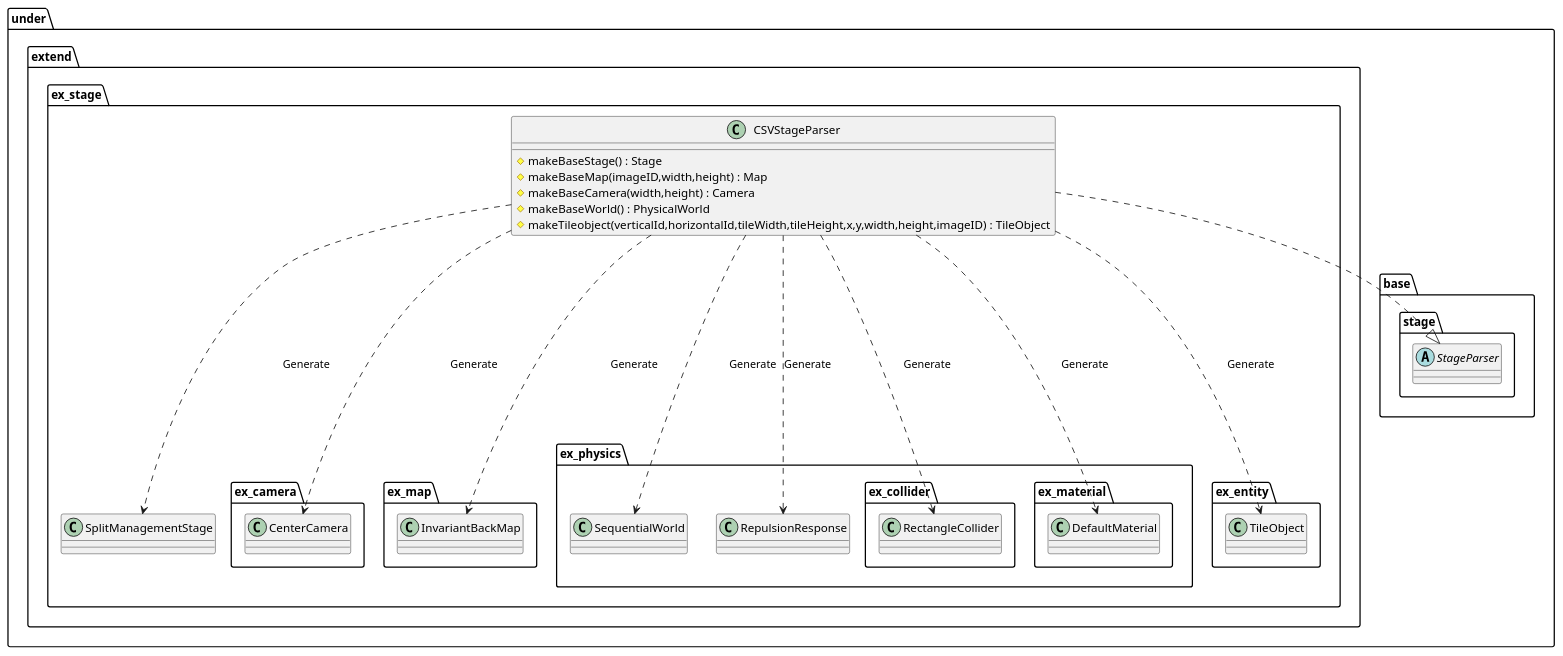
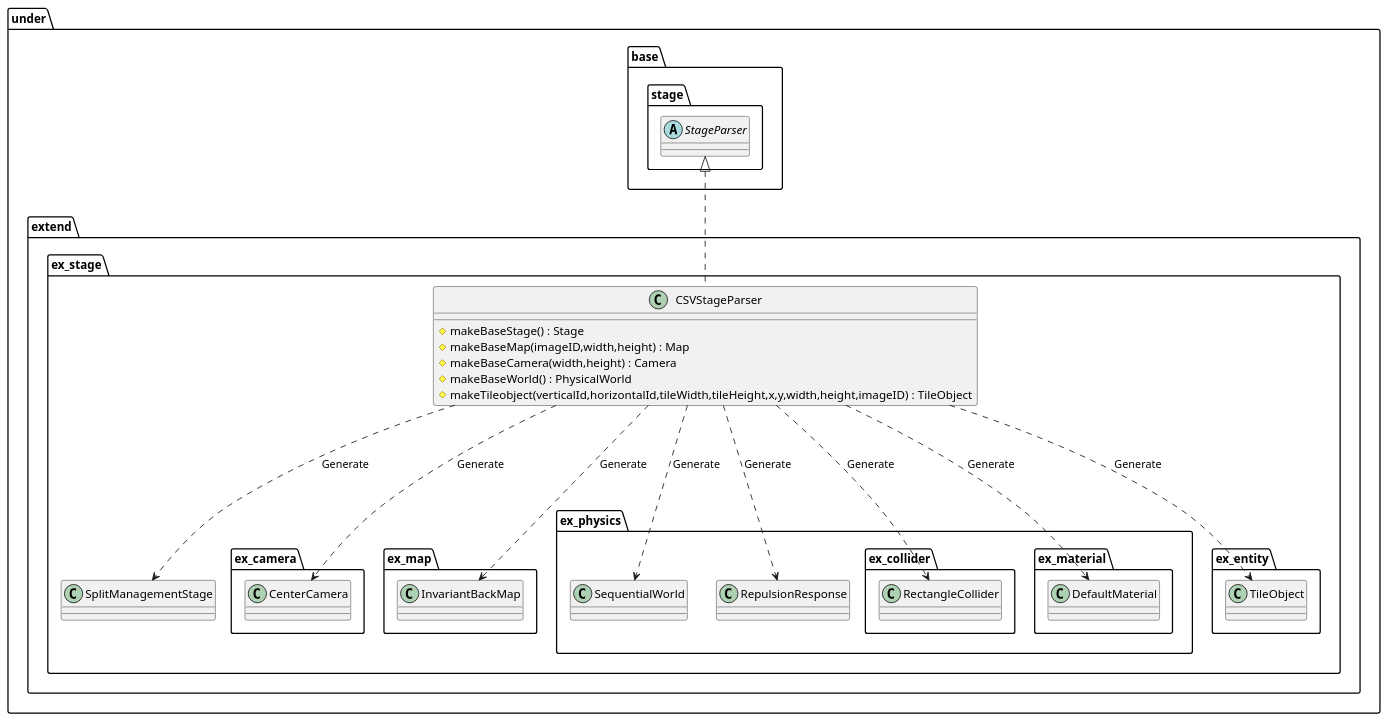
One commit to Expine/Under changed the diagram in uml/parser/CSV.wsd. Above: the diagram before and after it, drawn with PlantUML. The commit also changed 25 other files, not shown here.

```diff
--- a/uml/parser/CSV.wsd
+++ b/uml/parser/CSV.wsd
@@ -1,60 +1,60 @@
 @startuml ParserCSV
 
 package under {
     package extend {
         package ex_stage {
             class CSVStageParser {
                 #makeBaseStage() : Stage
                 #makeBaseMap(imageID,width,height) : Map
                 #makeBaseCamera(width,height) : Camera
                 #makeBaseWorld() : PhysicalWorld
                 #makeTileobject(verticalId,horizontalId,tileWidth,tileHeight,x,y,width,height,imageID) : TileObject
             }
         }
     }
 }
 
 package under {
     package base {
         package stage {
             abstract StageParser
         }
     }
     package extend {
         package ex_stage {
             class SplitManagementStage
             package ex_camera {
                 class CenterCamera
             }
             package ex_map {
                 class InvariantBackMap
             }
             package ex_physics {
                 class SequentialWorld
                 class RepulsionResponse
                 package ex_collider {
                     class RectangleCollider
                 }
                 package ex_material {
                     class DefaultMaterial
                 }
             }
             package ex_entity {
                 class TileObject
             }
         }
     }
 }
 
 CSVStageParser ...> SplitManagementStage : Generate
 CSVStageParser ...> CenterCamera : Generate
 CSVStageParser ...> InvariantBackMap : Generate
 CSVStageParser ...> SequentialWorld : Generate
 CSVStageParser ...> RepulsionResponse : Generate
 CSVStageParser ...> TileObject : Generate
 CSVStageParser ...> RectangleCollider : Generate
 CSVStageParser ...> DefaultMaterial : Generate
 
-CSVStageParser ..|> StageParser
+StageParser <|.. CSVStageParser
 
 @enduml
```
